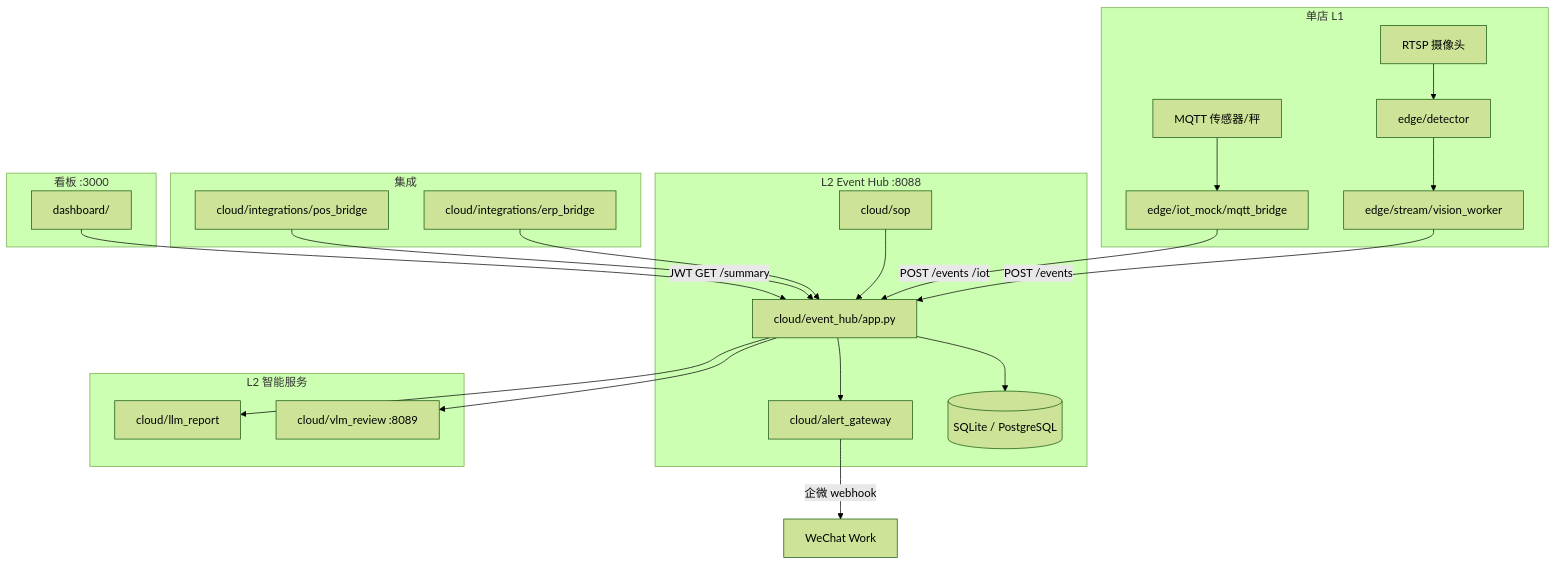
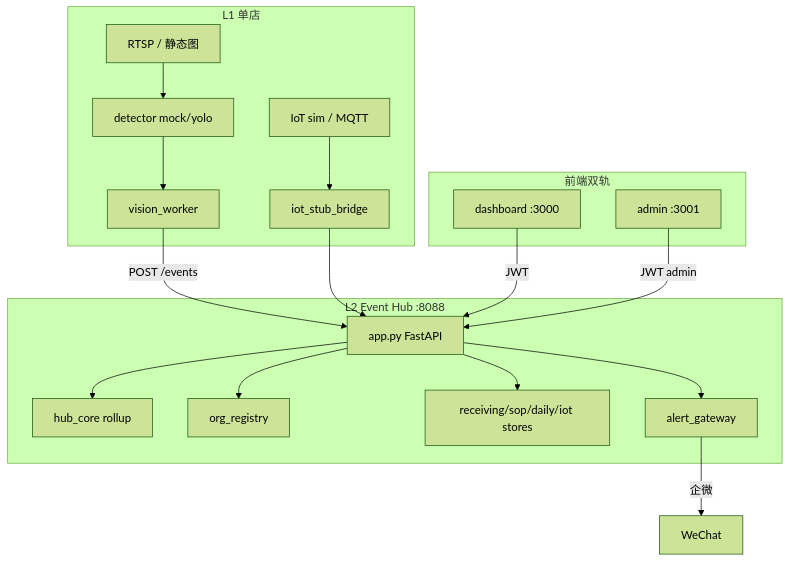
The diagram in docs/architecture_design_phase1.md (yuanmajun29-collab/hotpot_smart_ops), drawn with Mermaid (forest theme) before and after one commit. The commit also changed other lines of this file and 7 other files, not shown here.

````diff
--- a/docs/architecture_design_phase1.md
+++ b/docs/architecture_design_phase1.md
@@ -43,45 +54,35 @@
 ```mermaid
 flowchart TB
-    subgraph store [单店 L1]
-        CAM[RTSP 摄像头]
-        SEN[MQTT 传感器/秤]
-        CV[edge/detector]
-        VW[edge/stream/vision_worker]
-        MQTT[edge/iot_mock/mqtt_bridge]
+    subgraph edge [L1 单店]
+        CAM[RTSP / 静态图]
+        SEN[IoT sim / MQTT]
+        CV[detector mock/yolo]
+        VW[vision_worker]
+        STUB[iot_stub_bridge]
         CAM --> CV --> VW
-        SEN --> MQTT
+        SEN --> STUB
     end
 
     subgraph hub [L2 Event Hub :8088]
-        API[cloud/event_hub/app.py]
-        DB[(SQLite / PostgreSQL)]
-        SOP[cloud/sop]
-        AG[cloud/alert_gateway]
-        API --> DB
+        API[app.py FastAPI]
+        CORE[hub_core rollup]
+        ORG[org_registry]
+        STORES[receiving/sop/daily/iot stores]
+        AG[alert_gateway]
+        API --> CORE
+        API --> STORES
+        API --> ORG
         API --> AG
-        SOP --> API
     end
 
-    subgraph ai [L2 智能服务]
-        VLM[cloud/vlm_review :8089]
-        LLM[cloud/llm_report]
-    end
-
-    subgraph ext [集成]
-        POS[cloud/integrations/pos_bridge]
-        ERP[cloud/integrations/erp_bridge]
-    end
-
-    subgraph ui [看板 :3000]
-        DASH[dashboard/]
+    subgraph ui [前端双轨]
+        D3000[dashboard :3000]
+        D3001[admin :3001]
     end
 
     VW -->|POST /events| API
-    MQTT -->|POST /events /iot| API
-    POS --> API
-    ERP --> API
-    DASH -->|JWT GET /summary| API
-    API --> VLM
-    API --> LLM
-    AG -->|企微 webhook| WX[WeChat Work]
+    STUB --> API
+    D3000 -->|JWT| API
+    D3001 -->|JWT admin| API
+    AG -->|企微| WX[WeChat]
 ```
````
